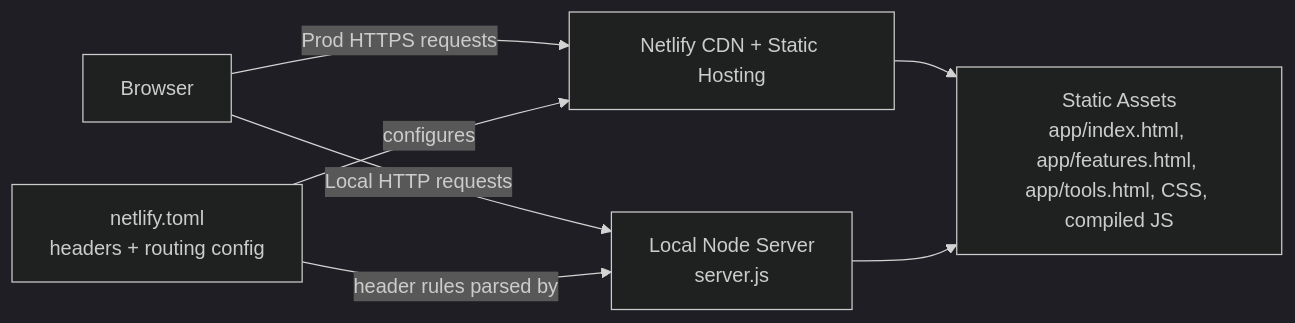
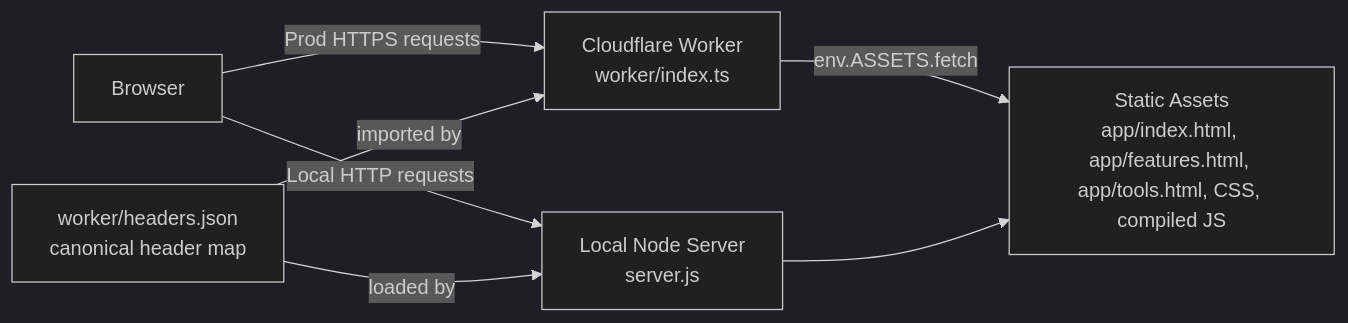
Before and after one commit to hungovercoders/slopstopper: the second of 4 diagrams in docs/architecture/README.md, drawn with Mermaid (dark theme). The commit also changed other lines of this file and 35 other files, not shown here.

First line of the commit message:
feat(deploy): migrate from Netlify to Cloudflare Workers (#158)

````diff
--- a/docs/architecture/README.md
+++ b/docs/architecture/README.md
@@ -29,16 +32,16 @@
 ```mermaid
 flowchart LR
     B[Browser]
-    CDN[Netlify CDN + Static Hosting]
-    APP[Static Assets\napp/index.html, app/features.html, app/tools.html, CSS, compiled JS]
-    TOML[netlify.toml\nheaders + routing config]
+    WORKER[Cloudflare Worker\nworker/index.ts]
+    ASSETS[Static Assets\napp/index.html, app/features.html, app/tools.html, CSS, compiled JS]
+    HJSON[worker/headers.json\ncanonical header map]
     DEV[Local Node Server\nserver.js]
 
-    B -->|Prod HTTPS requests| CDN
-    CDN --> APP
-    TOML -->|configures| CDN
+    B -->|Prod HTTPS requests| WORKER
+    WORKER -->|env.ASSETS.fetch| ASSETS
+    HJSON -->|imported by| WORKER
 
     B -->|Local HTTP requests| DEV
-    DEV --> APP
-    TOML -->|header rules parsed by| DEV
+    DEV --> ASSETS
+    HJSON -->|loaded by| DEV
 ```
````
